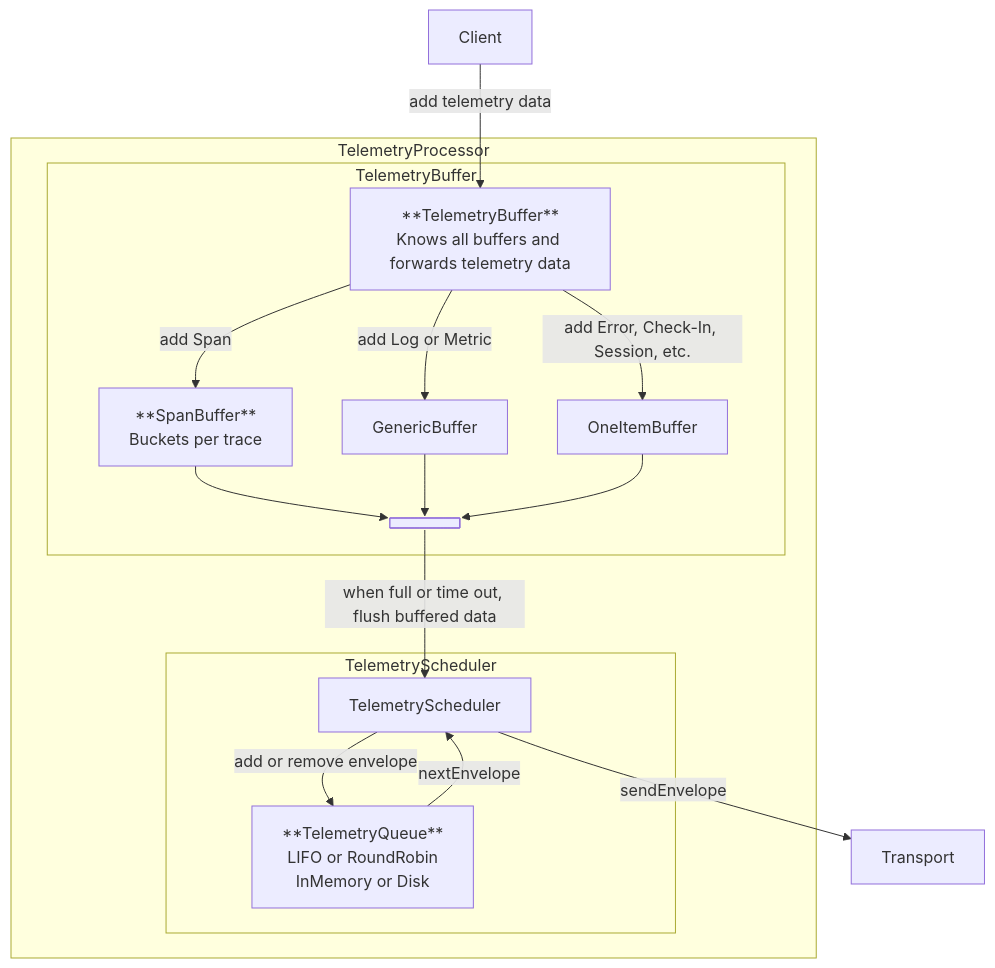
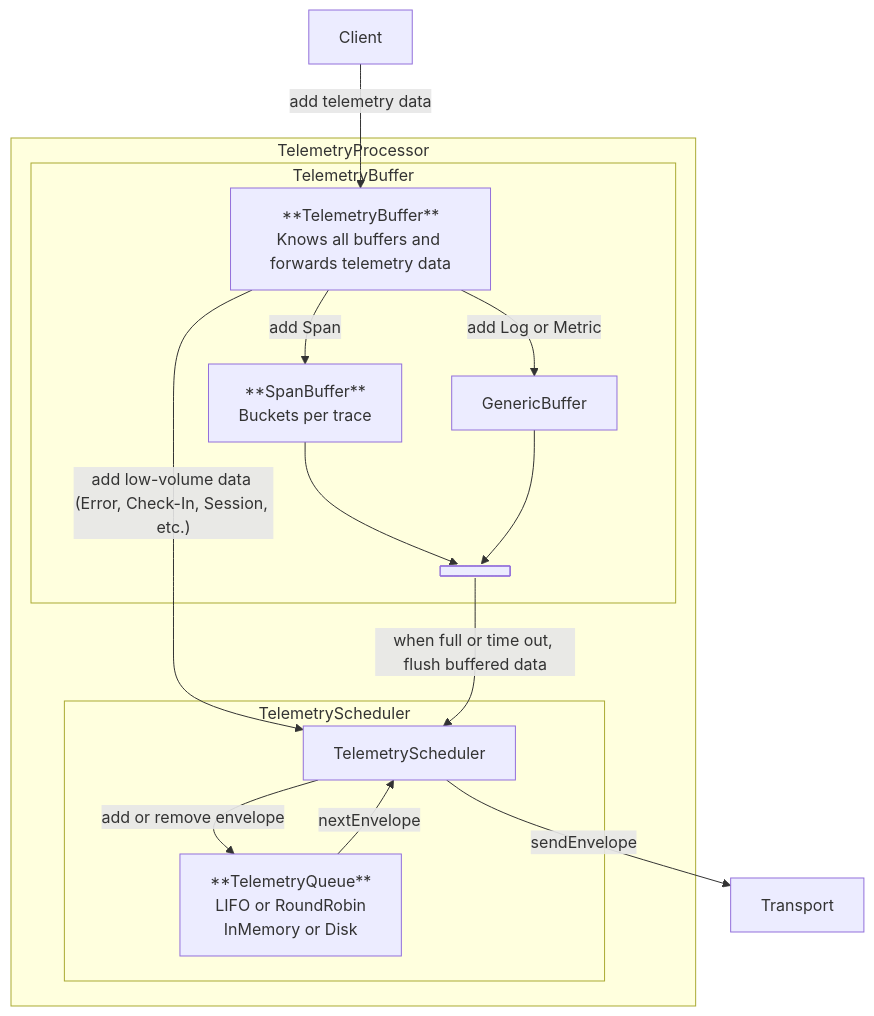
Before and after one commit to getsentry/sentry-docs: the second of 2 diagrams in develop-docs/sdk/telemetry/telemetry-processor/index.mdx, drawn with Mermaid.

Commit message:
docs(sdk): Fix telemetry processor diagram inconsistency
The diagram showed low-volume data (errors, check-ins, sessions) going
through OneItemBuffer, but requirement #3 states they must forward
"directly to the telemetry scheduler". Remove OneItemBuffer and add
direct arrow to match the documented requirement.

````diff
--- a/develop-docs/sdk/telemetry/telemetry-processor/index.mdx
+++ b/develop-docs/sdk/telemetry/telemetry-processor/index.mdx
@@ -32,41 +32,40 @@
 ```mermaid
 flowchart
 
 Client -- add telemetry data --> TelemetryBuffer
 
 subgraph TelemetryProcessorSubgraph["TelemetryProcessor"]
 
     subgraph TelemetryBufferSubgraph["TelemetryBuffer"]
 
       TelemetryBuffer["**TelemetryBuffer**<br/>Knows all buffers and forwards telemetry data"]
       SpanBuffer["**SpanBuffer**</br>Buckets per trace"]
 
       TelemetryBuffer -- add Span --> SpanBuffer
       TelemetryBuffer -- add Log or Metric --> GenericBuffer
-      TelemetryBuffer -- add Error, Check-In, Session, etc. --> OneItemBuffer
 
       SpanBuffer --> SendData
       GenericBuffer --> SendData
-      OneItemBuffer --> SendData
 
       SendData@{ shape: fork, label: "Fork or Join" }
 
     end
 
+    TelemetryBuffer -- "add low-volume data (Error, Check-In, Session, etc.)" --> TelemetryScheduler
     SendData -- when full or time out, flush buffered data --> TelemetryScheduler
 
     subgraph TelemetrySchedulerSubGraph["TelemetryScheduler"]
 
       TelemetryQueue["**TelemetryQueue**<br/>LIFO or RoundRobin</br>InMemory or Disk"]
       TelemetryQueue -- nextEnvelope --> TelemetryScheduler
 
     TelemetryScheduler -- add or remove envelope --> TelemetryQueue
   end
 
 
 end
 
 Transport
 TelemetryScheduler -- sendEnvelope -->Transport
 
 ```
````
